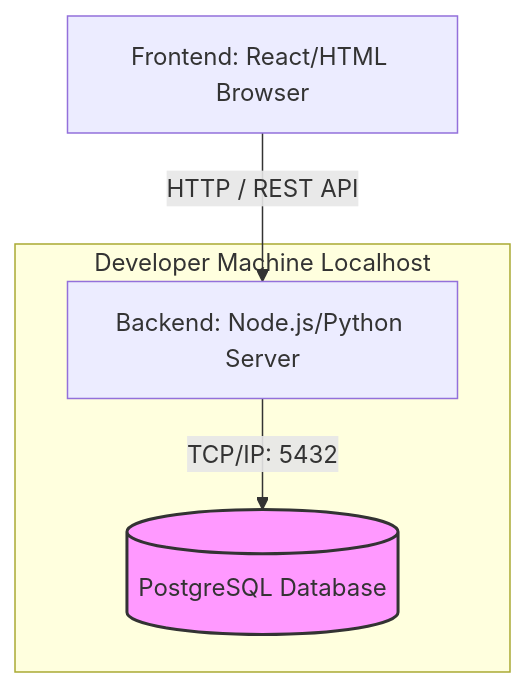
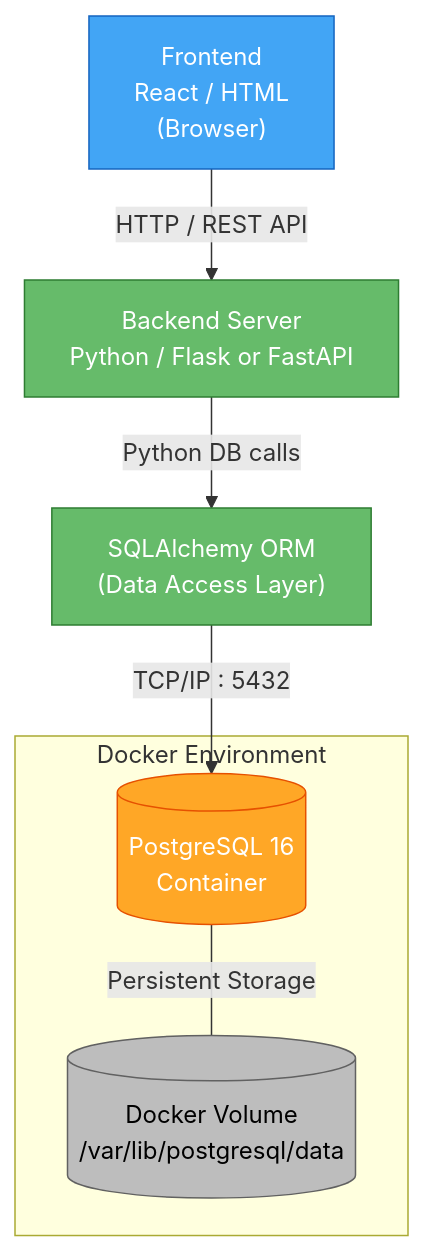
One commit to ekeibed/home-service-marketplace changed the second of 2 diagrams in ARCHITECTURE.md. Above: the diagram before and after it, drawn with Mermaid. The commit also changed other lines of this file, not shown here.

First line of the commit message:
Revise architecture documentation with tech stack and ER model

````diff
--- a/ARCHITECTURE.md
+++ b/ARCHITECTURE.md
@@ -85,11 +144,26 @@
 ```mermaid
 graph TD
-    Client[Frontend: React/HTML Browser] -->|HTTP / REST API| Backend[Backend: Node.js/Python Server]
+    Client["Frontend<br/>React / HTML<br/>(Browser)"]
+    Backend["Backend Server<br/>Python / Flask or FastAPI"]
+    ORM["SQLAlchemy ORM<br/>(Data Access Layer)"]
 
-    subgraph Developer Machine Localhost
-        Backend -->|TCP/IP: 5432| DB[(PostgreSQL Database)]
+    subgraph Docker Environment
+        DB[("PostgreSQL 16<br/>Container")]
+        Volume[("Docker Volume<br/>/var/lib/postgresql/data")]
     end
 
-    classDef storage fill:#f9f,stroke:#333,stroke-width:2px
-    class DB storage
+    Client -->|"HTTP / REST API"| Backend
+    Backend -->|"Python DB calls"| ORM
+    ORM -->|"TCP/IP : 5432"| DB
+    DB ---|"Persistent Storage"| Volume
+
+    classDef frontend fill:#42A5F5,stroke:#1565C0,color:#fff
+    classDef backend fill:#66BB6A,stroke:#2E7D32,color:#fff
+    classDef db fill:#FFA726,stroke:#E65100,color:#fff
+    classDef volume fill:#BDBDBD,stroke:#616161,color:#000
+
+    class Client frontend
+    class Backend,ORM backend
+    class DB db
+    class Volume volume
 ```
````
